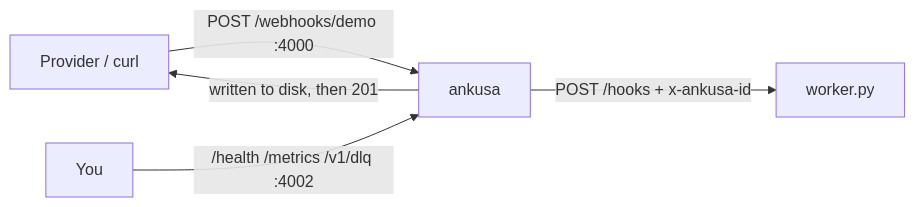
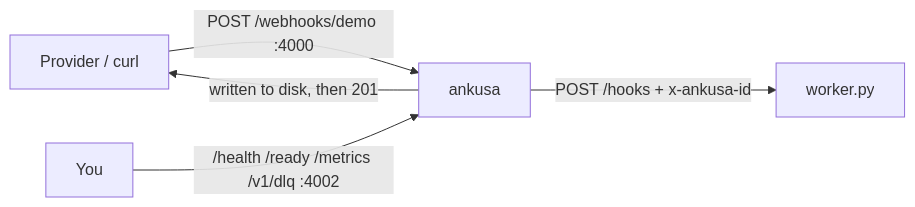
Before and after one commit to jamescarr/ankusa: the diagram in docs/quickstart.md, drawn with Mermaid. The commit also changed other lines of this file and 1 other file, not shown here.

````diff
--- a/docs/quickstart.md
+++ b/docs/quickstart.md
@@ -14,7 +15,7 @@
 ```mermaid
 flowchart LR
     P[Provider / curl] -->|POST /webhooks/demo :4000| A[ankusa]
     A -->|written to disk, then 201| P
     A -->|POST /hooks + x-ankusa-id| W[worker.py]
-    O[You] -->|/health /metrics /v1/dlq :4002| A
+    O[You] -->|/health /ready /metrics /v1/dlq :4002| A
 ```
````
